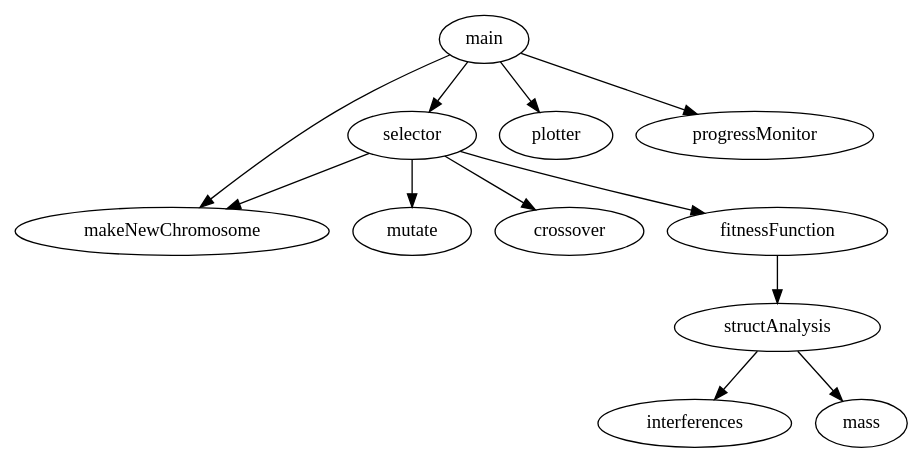
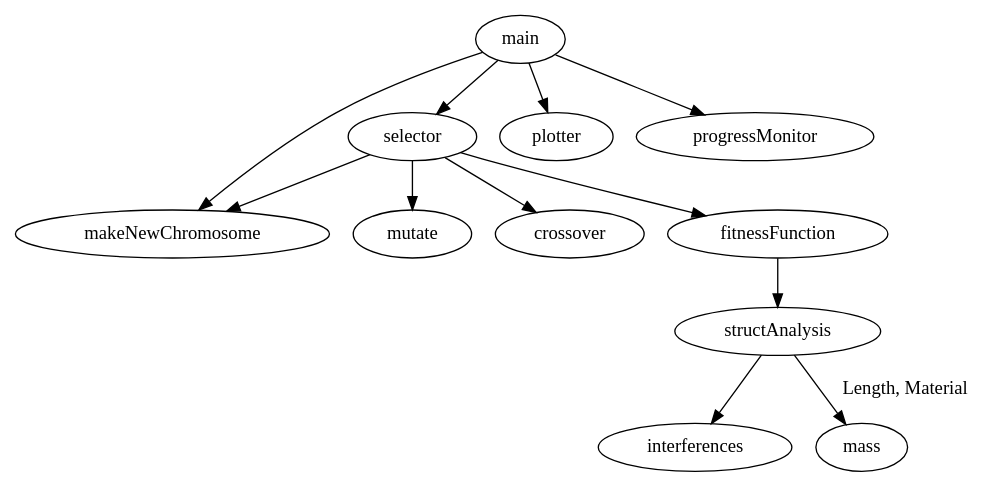
The diagram in flowchart.gv (f0uriest/GASTOp), drawn with Graphviz before and after one commit.

Commit message:
test edit for flowchart

```diff
--- a/flowchart.gv
+++ b/flowchart.gv
@@ -1,15 +1,15 @@
  digraph graphname {
      main -> makeNewChromosome;
      main -> selector;
      selector -> mutate;
      selector -> crossover;
      selector -> makeNewChromosome;
      selector -> fitnessFunction;
      fitnessFunction -> structAnalysis;
      structAnalysis -> interferences;
-     structAnalysis -> mass;
+     structAnalysis -> mass [label="Length, Material"];
      main -> plotter;
      main -> progressMonitor;
-     
-     
+
+
  }
```
